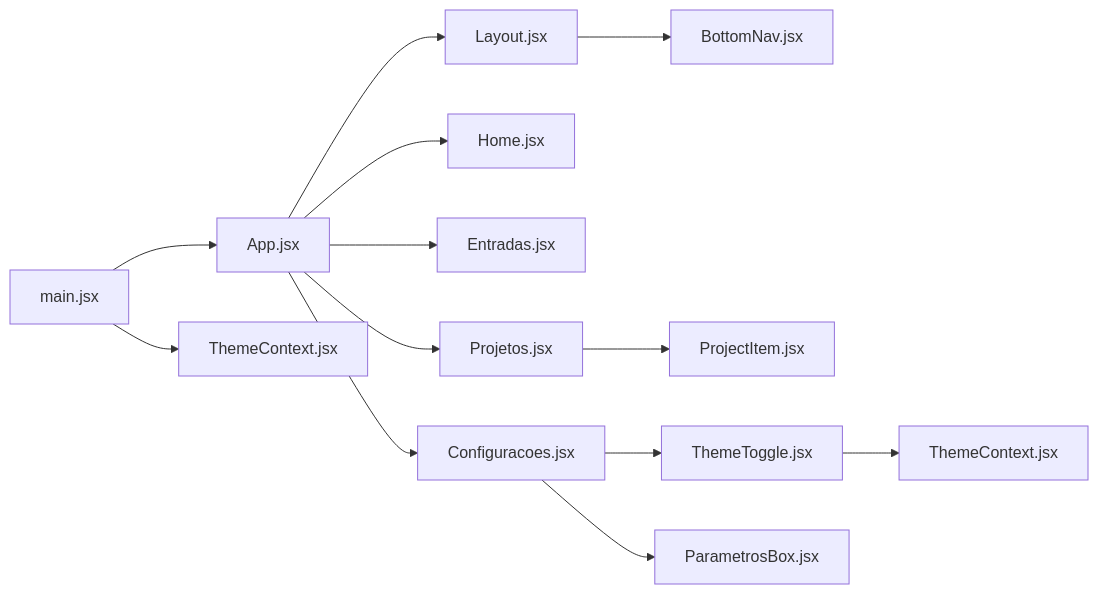
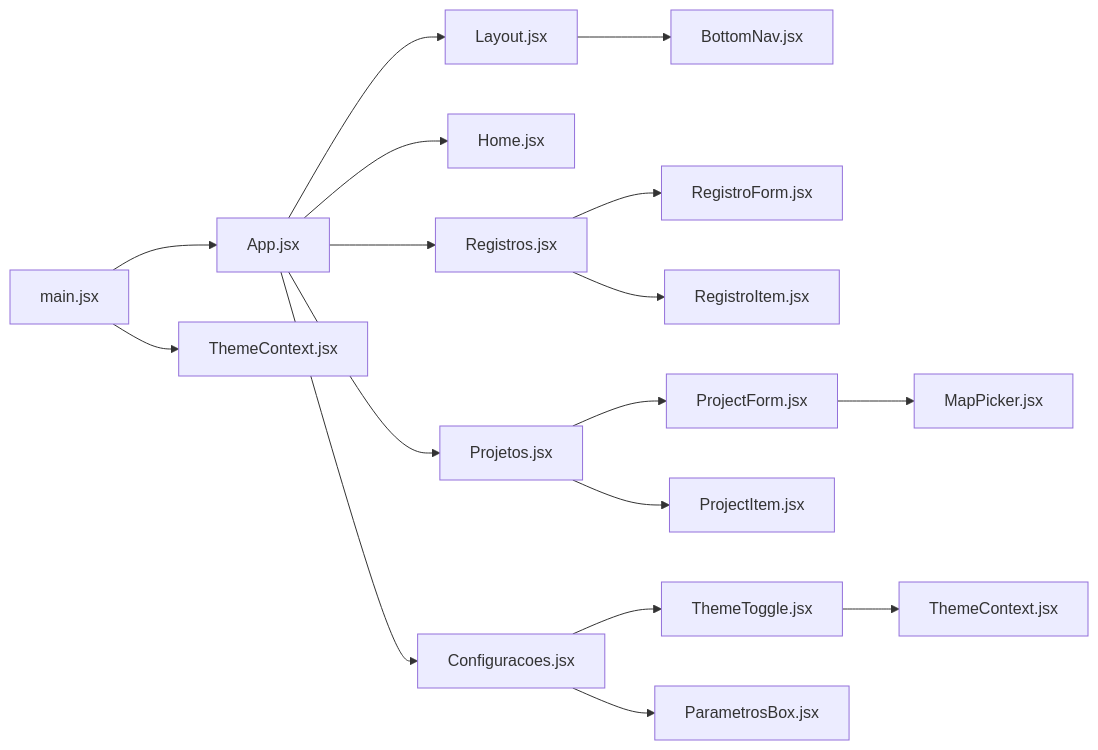
Before and after one commit to RobertRuas/nordic-worklog: the third of 3 diagrams in .qoder/repowiki/en/content/Architecture Overview/Component Hierarchy.md, drawn with Mermaid. The commit also changed other lines of this file and 4 other files, not shown here.

````diff
--- a/.qoder/repowiki/en/content/Architecture Overview/Component Hierarchy.md
+++ b/.qoder/repowiki/en/content/Architecture Overview/Component Hierarchy.md
@@ -233,15 +244,19 @@
 ```mermaid
 graph LR
 Main["main.jsx"] --> App["App.jsx"]
 Main --> ThemeProvider["ThemeContext.jsx"]
 App --> Layout["Layout.jsx"]
 App --> Home["Home.jsx"]
-App --> Entradas["Entradas.jsx"]
+App --> Registros["Registros.jsx"]
 App --> Projetos["Projetos.jsx"]
 App --> Configuracoes["Configuracoes.jsx"]
 Layout --> BottomNav["BottomNav.jsx"]
+Registros --> RegistroForm["RegistroForm.jsx"]
+Registros --> RegistroItem["RegistroItem.jsx"]
+Projetos --> ProjectForm["ProjectForm.jsx"]
 Projetos --> ProjectItem["ProjectItem.jsx"]
+ProjectForm --> MapPicker["MapPicker.jsx"]
 Configuracoes --> ThemeToggle["ThemeToggle.jsx"]
 Configuracoes --> ParametrosBox["ParametrosBox.jsx"]
 ThemeToggle --> ThemeContext["ThemeContext.jsx"]
 ```
````
